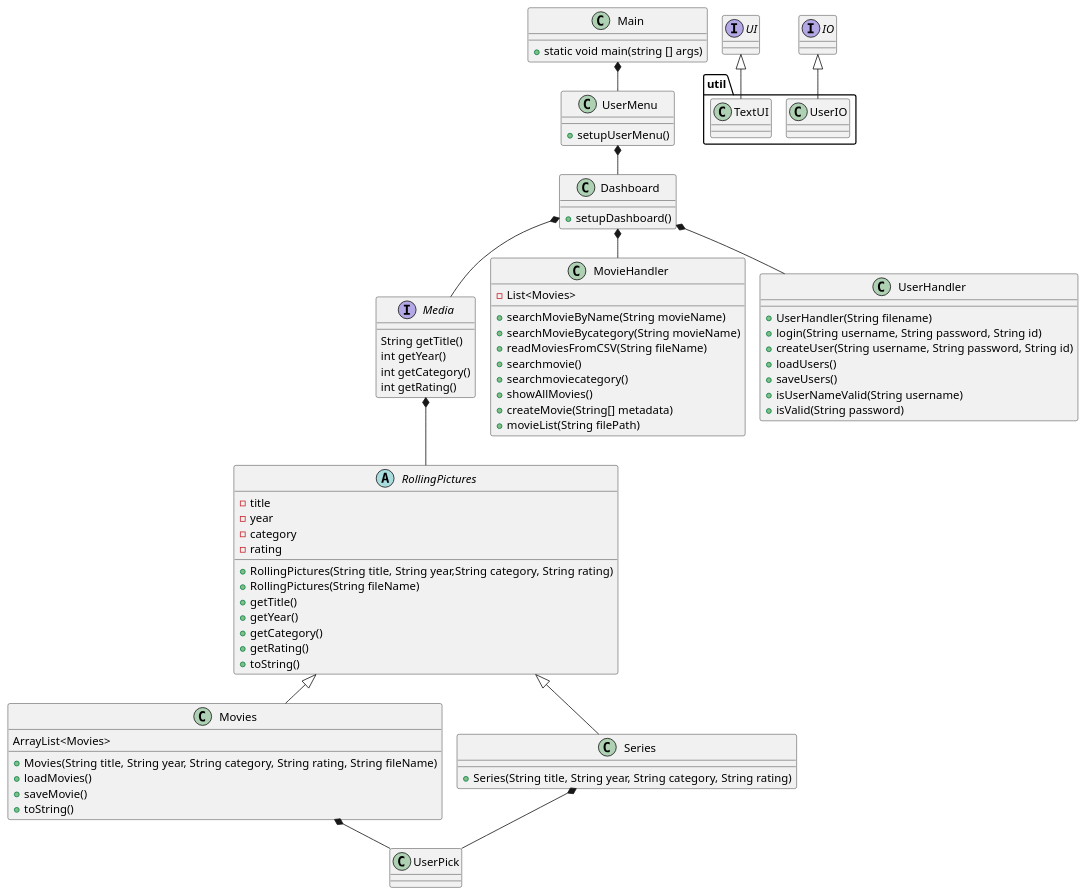
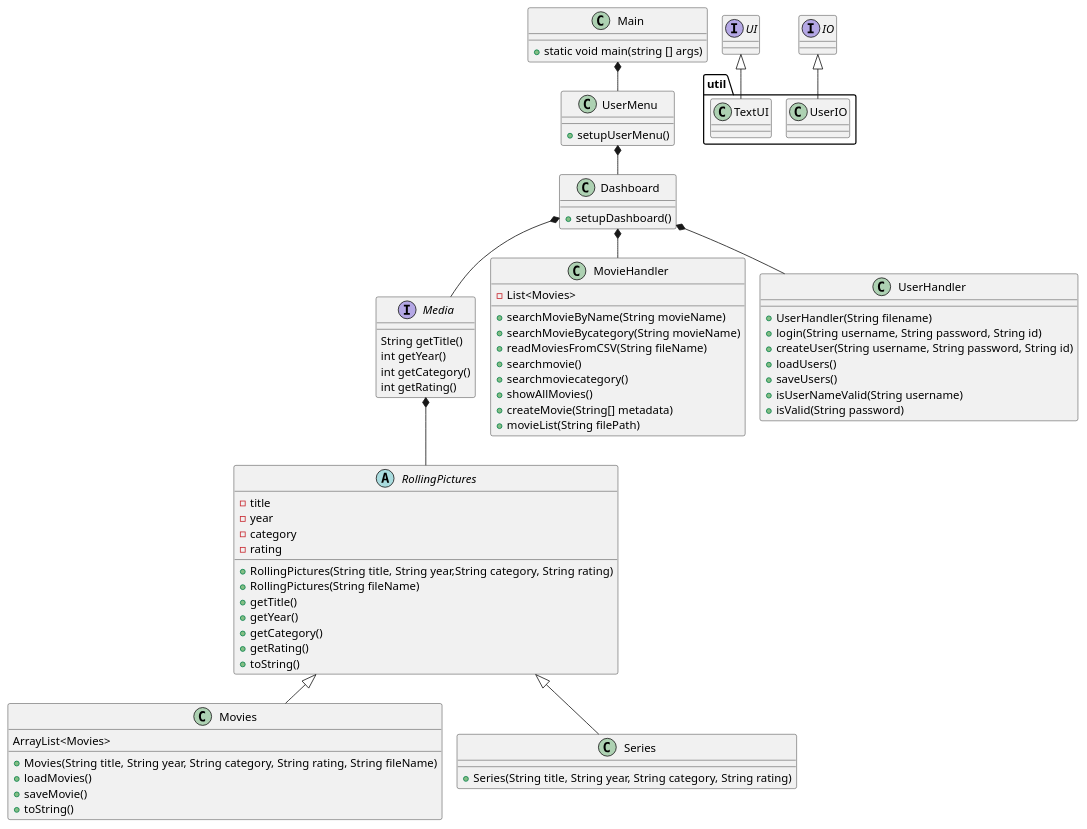
Before and after one commit to ETHMUNI/SP3-streamingtjeneste: the diagram in doc/Classdiagram.puml, drawn with PlantUML.

```diff
--- a/doc/Classdiagram.puml
+++ b/doc/Classdiagram.puml
@@ -1,88 +1,86 @@
 @startuml
 'https://plantuml.com/class-diagram
 !pragma layout smetana
 
 interface Media
 class Main
 class Movies
 class Series
 class UserMenu
 class Dashboard
 class MovieHandler
 class UserHandler
 interface UI
 interface IO
 abstract RollingPictures
 
 package "util"{
 class TextUI
 class UserIO
 }
 
 Media : String getTitle()
 Media : int getYear()
 Media : int getCategory()
 Media : int getRating()
 
 Main : + static void main(string [] args)
 
 Movies : ArrayList<Movies>
 Movies : + Movies(String title, String year, String category, String rating, String fileName)
 Movies : + loadMovies()
 Movies : + saveMovie()
 Movies : + toString()
 
 Series : + Series(String title, String year, String category, String rating)
 
 UserMenu : + setupUserMenu()
 
 Dashboard : + setupDashboard()
 
 MovieHandler : - List<Movies>
 MovieHandler : + searchMovieByName(String movieName)
 MovieHandler : + searchMovieBycategory(String movieName)
 MovieHandler : + readMoviesFromCSV(String fileName)
 MovieHandler : + searchmovie()
 MovieHandler : + searchmoviecategory()
 MovieHandler : + showAllMovies()
 MovieHandler : + createMovie(String[] metadata)
 MovieHandler : + movieList(String filePath)
 
 UserHandler : + UserHandler(String filename)
 UserHandler : + login(String username, String password, String id)
 UserHandler : + createUser(String username, String password, String id)
 UserHandler : + loadUsers()
 UserHandler : + saveUsers()
 UserHandler : + isUserNameValid(String username)
 UserHandler : + isValid(String password)
 
 RollingPictures : - title
 RollingPictures : - year
 RollingPictures : - category
 RollingPictures : - rating
 RollingPictures : + RollingPictures(String title, String year,String category, String rating)
 RollingPictures : + RollingPictures(String fileName)
 RollingPictures : + getTitle()
 RollingPictures : + getYear()
 RollingPictures : + getCategory()
 RollingPictures : + getRating()
 RollingPictures : + toString()
 
 Main *-- UserMenu
 UserMenu *-- Dashboard
 Dashboard *--Media
 Dashboard *-- UserHandler
 Dashboard *-- MovieHandler
 Media *-- RollingPictures
 
 RollingPictures <|-- Movies
 RollingPictures <|-- Series
-Movies *-- UserPick
-Series *-- UserPick
 
 UI <|-- TextUI
 IO <|-- UserIO
 
 
 
 @enduml
```
